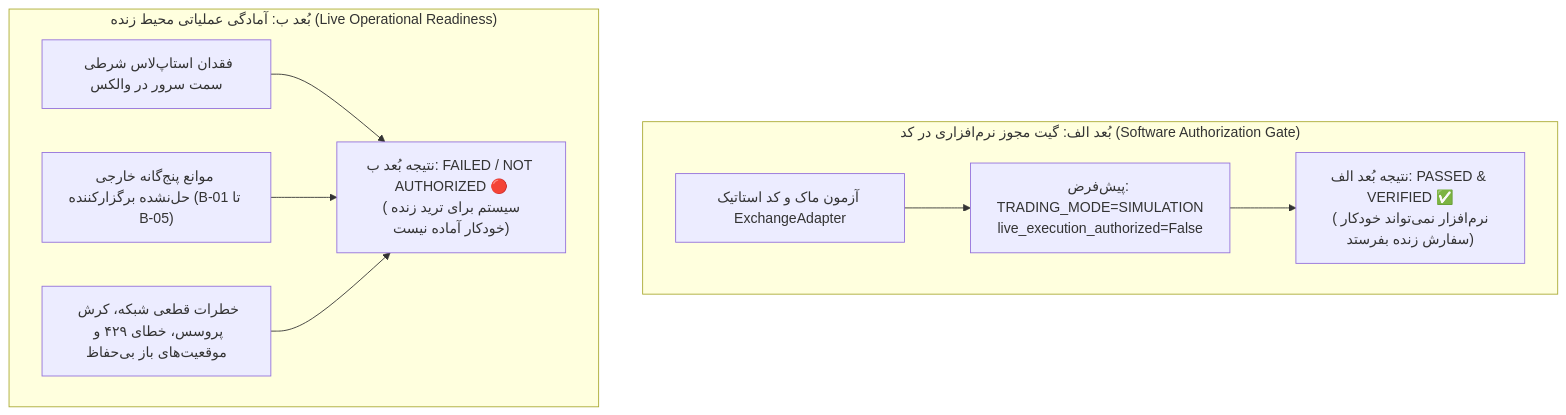
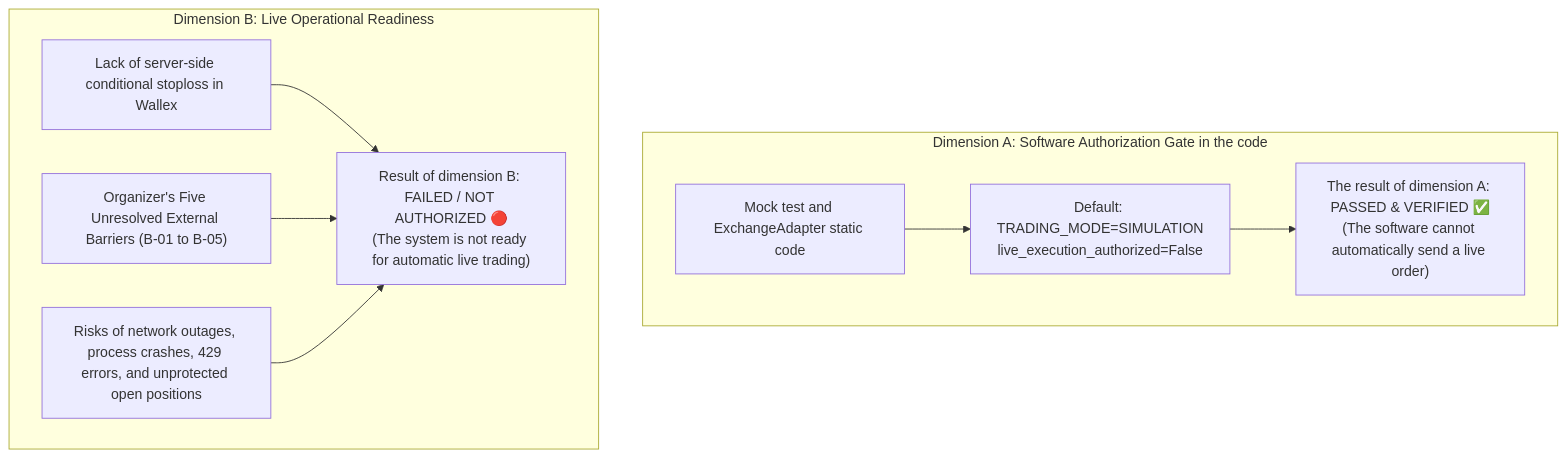
The second of 2 diagrams in docs/PHASE20_1_FINDING_RECONCILIATION.md (AliFazelniya/wallextrade), drawn with Mermaid before and after one commit. The commit also changed other lines of this file and 81 other files, not shown here.

Commit message:
Enhance Wallex API documentation, improve trading algorithms with volatility adjustments, add Kaufman's Efficiency Ratio indicator, and create AI video generation prompts for Starcoach Hackathon.

````diff
--- a/docs/PHASE20_1_FINDING_RECONCILIATION.md
+++ b/docs/PHASE20_1_FINDING_RECONCILIATION.md
@@ -149,19 +149,19 @@
 ```mermaid
 flowchart TD
-    subgraph Dimension_A["بُعد الف: گیت مجوز نرم‌افزاری در کد (Software Authorization Gate)"]
-        A1["آزمون ماک و کد استاتیک ExchangeAdapter"]
-        A2["پیش‌فرض: TRADING_MODE=SIMULATION\nlive_execution_authorized=False"]
-        A3["نتیجه بُعد الف: PASSED & VERIFIED ✅\n(نرم‌افزار نمی‌تواند خودکار سفارش زنده بفرستد)"]
+    subgraph Dimension_A["Dimension A: Software Authorization Gate in the code"]
+        A1["Mock test and ExchangeAdapter static code"]
+        A2["Default: TRADING_MODE=SIMULATION\nlive_execution_authorized=False"]
+        A3["The result of dimension A: PASSED & VERIFIED ✅\n(The software cannot automatically send a live order)"]
         A1 --> A2 --> A3
     end
 
-    subgraph Dimension_B["بُعد ب: آمادگی عملیاتی محیط زنده (Live Operational Readiness)"]
-        B1["فقدان استاپ‌لاس شرطی سمت سرور در والکس"]
-        B2["موانع پنج‌گانه خارجی حل‌نشده برگزارکننده (B-01 تا B-05)"]
-        B3["خطرات قطعی شبکه، کرش پروسس، خطای ۴۲۹ و موقعیت‌های باز بی‌حفاظ"]
-        B4["نتیجه بُعد ب: FAILED / NOT AUTHORIZED 🔴\n(سیستم برای ترید زنده خودکار آماده نیست)"]
+    subgraph Dimension_B["Dimension B: Live Operational Readiness"]
+        B1["Lack of server-side conditional stoploss in Wallex"]
+        B2["Organizer's Five Unresolved External Barriers (B-01 to B-05)"]
+        B3["Risks of network outages, process crashes, 429 errors, and unprotected open positions"]
+        B4["Result of dimension B: FAILED / NOT AUTHORIZED 🔴\n(The system is not ready for automatic live trading)"]
         B1 --> B4
         B2 --> B4
         B3 --> B4
     end
 ```
````
